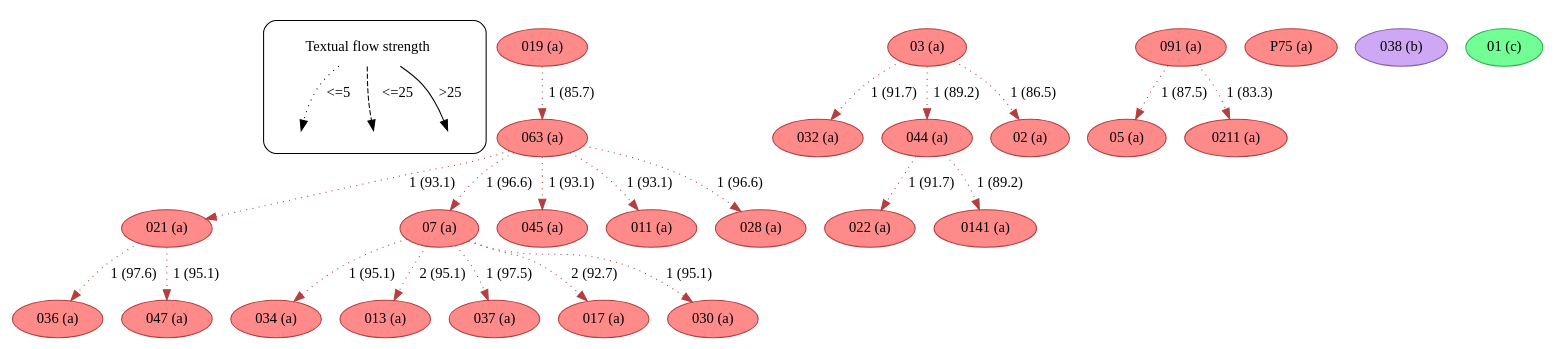
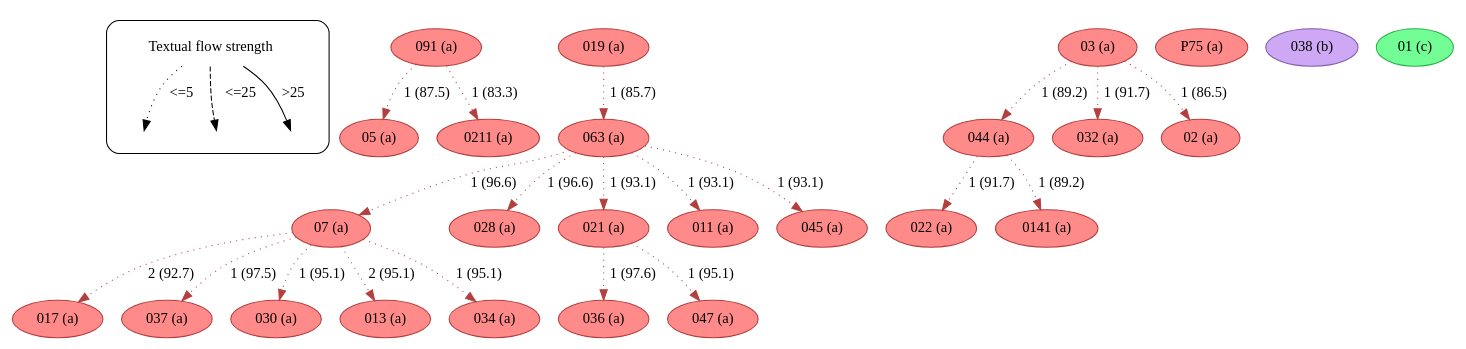
One commit to edmondac/CBGM changed the diagram in example/c2/textual_flow_22_88_c2.dot. Above: the diagram before and after it, drawn with Graphviz. The commit also changed other lines of this file and 163 other files, not shown here.

```diff
--- a/example/c2/textual_flow_22_88_c2.dot
+++ b/example/c2/textual_flow_22_88_c2.dot
@@ -1,190 +1,190 @@
 strict digraph  {
 	node [label="\N"];
 	subgraph cluster_legend {
 		graph [style=rounded];
 		leg_s		 [label="Textual flow strength",
 			shape=plaintext];
 		leg_e1		 [fixedsize=True,
 			height=0.2,
 			label="",
 			style=invis];
 		leg_s -> leg_e1		 [label="<=5  ",
 			style=dotted];
 		leg_e2		 [fixedsize=True,
 			height=0.2,
 			label="",
 			style=invis];
 		leg_s -> leg_e2		 [label="  <=25",
 			style=dashed];
 		leg_e3		 [fixedsize=True,
 			height=0.2,
 			label="",
 			style=invis];
 		leg_s -> leg_e3		 [label=">25",
 			style=solid];
 	}
+	091	 [color="#b43f3f",
+		fillcolor="#FF8A8A",
+		label="091 (a)",
+		style=filled];
+	05	 [color="#b43f3f",
+		fillcolor="#FF8A8A",
+		label="05 (a)",
+		style=filled];
+	091 -> 05	 [color="#b43f3f",
+		label="1 (87.5)",
+		style=dotted];
+	0211	 [color="#b43f3f",
+		fillcolor="#FF8A8A",
+		label="0211 (a)",
+		style=filled];
+	091 -> 0211	 [color="#b43f3f",
+		label="1 (83.3)",
+		style=dotted];
+	063	 [color="#b43f3f",
+		fillcolor="#FF8A8A",
+		label="063 (a)",
+		style=filled];
+	07	 [color="#b43f3f",
+		fillcolor="#FF8A8A",
+		label="07 (a)",
+		style=filled];
+	063 -> 07	 [color="#b43f3f",
+		label="1 (96.6)",
+		style=dotted];
+	028	 [color="#b43f3f",
+		fillcolor="#FF8A8A",
+		label="028 (a)",
+		style=filled];
+	063 -> 028	 [color="#b43f3f",
+		label="1 (96.6)",
+		style=dotted];
 	021	 [color="#b43f3f",
 		fillcolor="#FF8A8A",
 		label="021 (a)",
 		style=filled];
+	063 -> 021	 [color="#b43f3f",
+		label="1 (93.1)",
+		style=dotted];
+	011	 [color="#b43f3f",
+		fillcolor="#FF8A8A",
+		label="011 (a)",
+		style=filled];
+	063 -> 011	 [color="#b43f3f",
+		label="1 (93.1)",
+		style=dotted];
+	045	 [color="#b43f3f",
+		fillcolor="#FF8A8A",
+		label="045 (a)",
+		style=filled];
+	063 -> 045	 [color="#b43f3f",
+		label="1 (93.1)",
+		style=dotted];
+	017	 [color="#b43f3f",
+		fillcolor="#FF8A8A",
+		label="017 (a)",
+		style=filled];
+	07 -> 017	 [color="#b43f3f",
+		label="2 (92.7)",
+		style=dotted];
+	037	 [color="#b43f3f",
+		fillcolor="#FF8A8A",
+		label="037 (a)",
+		style=filled];
+	07 -> 037	 [color="#b43f3f",
+		label="1 (97.5)",
+		style=dotted];
+	030	 [color="#b43f3f",
+		fillcolor="#FF8A8A",
+		label="030 (a)",
+		style=filled];
+	07 -> 030	 [color="#b43f3f",
+		label="1 (95.1)",
+		style=dotted];
+	013	 [color="#b43f3f",
+		fillcolor="#FF8A8A",
+		label="013 (a)",
+		style=filled];
+	07 -> 013	 [color="#b43f3f",
+		label="2 (95.1)",
+		style=dotted];
+	034	 [color="#b43f3f",
+		fillcolor="#FF8A8A",
+		label="034 (a)",
+		style=filled];
+	07 -> 034	 [color="#b43f3f",
+		label="1 (95.1)",
+		style=dotted];
 	036	 [color="#b43f3f",
 		fillcolor="#FF8A8A",
 		label="036 (a)",
 		style=filled];
 	021 -> 036	 [color="#b43f3f",
 		label="1 (97.6)",
 		style=dotted];
 	047	 [color="#b43f3f",
 		fillcolor="#FF8A8A",
 		label="047 (a)",
 		style=filled];
 	021 -> 047	 [color="#b43f3f",
 		label="1 (95.1)",
 		style=dotted];
 	03	 [color="#b43f3f",
 		fillcolor="#FF8A8A",
 		label="03 (a)",
 		style=filled];
+	044	 [color="#b43f3f",
+		fillcolor="#FF8A8A",
+		label="044 (a)",
+		style=filled];
+	03 -> 044	 [color="#b43f3f",
+		label="1 (89.2)",
+		style=dotted];
 	032	 [color="#b43f3f",
 		fillcolor="#FF8A8A",
 		label="032 (a)",
 		style=filled];
 	03 -> 032	 [color="#b43f3f",
 		label="1 (91.7)",
 		style=dotted];
-	044	 [color="#b43f3f",
-		fillcolor="#FF8A8A",
-		label="044 (a)",
-		style=filled];
-	03 -> 044	 [color="#b43f3f",
-		label="1 (89.2)",
-		style=dotted];
 	02	 [color="#b43f3f",
 		fillcolor="#FF8A8A",
 		label="02 (a)",
 		style=filled];
 	03 -> 02	 [color="#b43f3f",
 		label="1 (86.5)",
-		style=dotted];
-	07	 [color="#b43f3f",
-		fillcolor="#FF8A8A",
-		label="07 (a)",
-		style=filled];
-	034	 [color="#b43f3f",
-		fillcolor="#FF8A8A",
-		label="034 (a)",
-		style=filled];
-	07 -> 034	 [color="#b43f3f",
-		label="1 (95.1)",
-		style=dotted];
-	013	 [color="#b43f3f",
-		fillcolor="#FF8A8A",
-		label="013 (a)",
-		style=filled];
-	07 -> 013	 [color="#b43f3f",
-		label="2 (95.1)",
-		style=dotted];
-	037	 [color="#b43f3f",
-		fillcolor="#FF8A8A",
-		label="037 (a)",
-		style=filled];
-	07 -> 037	 [color="#b43f3f",
-		label="1 (97.5)",
-		style=dotted];
-	017	 [color="#b43f3f",
-		fillcolor="#FF8A8A",
-		label="017 (a)",
-		style=filled];
-	07 -> 017	 [color="#b43f3f",
-		label="2 (92.7)",
-		style=dotted];
-	030	 [color="#b43f3f",
-		fillcolor="#FF8A8A",
-		label="030 (a)",
-		style=filled];
-	07 -> 030	 [color="#b43f3f",
-		label="1 (95.1)",
-		style=dotted];
-	063	 [color="#b43f3f",
-		fillcolor="#FF8A8A",
-		label="063 (a)",
-		style=filled];
-	063 -> 021	 [color="#b43f3f",
-		label="1 (93.1)",
-		style=dotted];
-	063 -> 07	 [color="#b43f3f",
-		label="1 (96.6)",
-		style=dotted];
-	045	 [color="#b43f3f",
-		fillcolor="#FF8A8A",
-		label="045 (a)",
-		style=filled];
-	063 -> 045	 [color="#b43f3f",
-		label="1 (93.1)",
-		style=dotted];
-	011	 [color="#b43f3f",
-		fillcolor="#FF8A8A",
-		label="011 (a)",
-		style=filled];
-	063 -> 011	 [color="#b43f3f",
-		label="1 (93.1)",
-		style=dotted];
-	028	 [color="#b43f3f",
-		fillcolor="#FF8A8A",
-		label="028 (a)",
-		style=filled];
-	063 -> 028	 [color="#b43f3f",
-		label="1 (96.6)",
-		style=dotted];
-	091	 [color="#b43f3f",
-		fillcolor="#FF8A8A",
-		label="091 (a)",
-		style=filled];
-	05	 [color="#b43f3f",
-		fillcolor="#FF8A8A",
-		label="05 (a)",
-		style=filled];
-	091 -> 05	 [color="#b43f3f",
-		label="1 (87.5)",
-		style=dotted];
-	0211	 [color="#b43f3f",
-		fillcolor="#FF8A8A",
-		label="0211 (a)",
-		style=filled];
-	091 -> 0211	 [color="#b43f3f",
-		label="1 (83.3)",
 		style=dotted];
 	022	 [color="#b43f3f",
 		fillcolor="#FF8A8A",
 		label="022 (a)",
 		style=filled];
 	044 -> 022	 [color="#b43f3f",
 		label="1 (91.7)",
 		style=dotted];
 	0141	 [color="#b43f3f",
 		fillcolor="#FF8A8A",
 		label="0141 (a)",
 		style=filled];
 	044 -> 0141	 [color="#b43f3f",
 		label="1 (89.2)",
 		style=dotted];
 	019	 [color="#b43f3f",
 		fillcolor="#FF8A8A",
 		label="019 (a)",
 		style=filled];
 	019 -> 063	 [color="#b43f3f",
 		label="1 (85.7)",
 		style=dotted];
 	P75	 [color="#b43f3f",
 		fillcolor="#FF8A8A",
 		label="P75 (a)",
 		style=filled];
 	038	 [color="#835da9",
 		fillcolor="#CEA8F4",
 		label="038 (b)",
 		style=filled];
 	01	 [color="#27b34a",
 		fillcolor="#72FE95",
 		label="01 (c)",
 		style=filled];
 }
```
